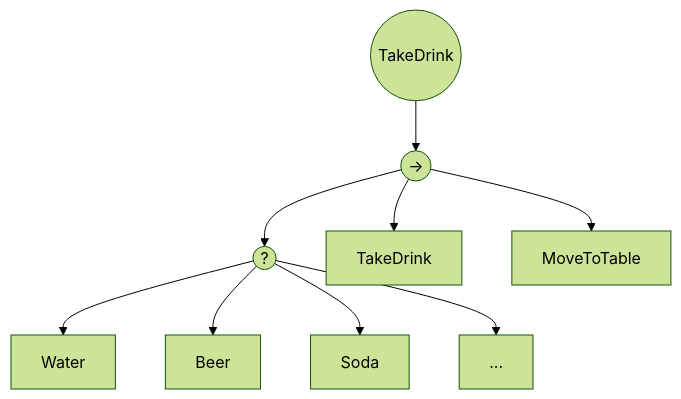
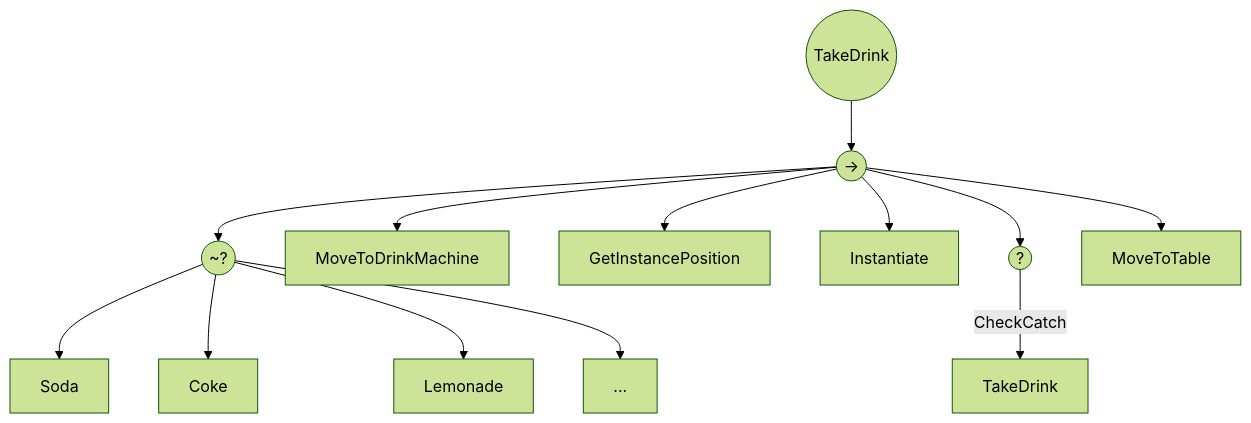
Before and after one commit to LauraWangQiu/IAV24-WangQiu: the third of 5 diagrams in README.md, drawn with Mermaid (forest theme). The commit also changed other lines of this file, not shown here.

````diff
--- a/README.md
+++ b/README.md
@@ -104,11 +96,15 @@
 ```mermaid
 flowchart TD
     A(("TakeDrink")) --> B(("->"))
-    B -->C(("?"))
-    C -->D[Water]
-    C -->E[Beer]
-    C -->F[Soda]
+    B -->C(("~?"))
+    C -->D[Soda]
+    C -->E[Coke]
+    C -->F[Lemonade]
     C -->G[...]
-    B -->H[TakeDrink]
-    B -->I[MoveToTable]
+    B -->H[MoveToDrinkMachine]
+    B -->I[GetInstancePosition]
+    B -->J[Instantiate]
+    B -->K(("?"))
+    K -->|CheckCatch| L[TakeDrink]
+    B -->M[MoveToTable]
 ```
````
